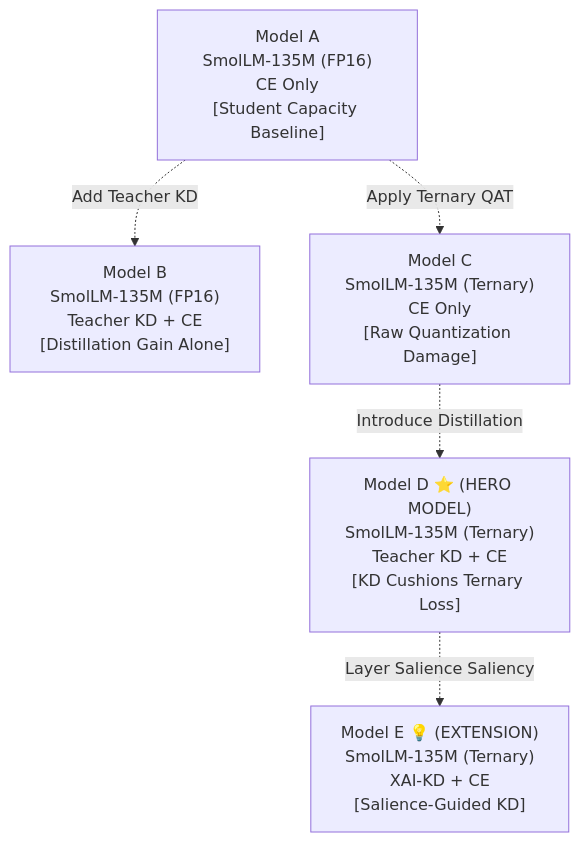
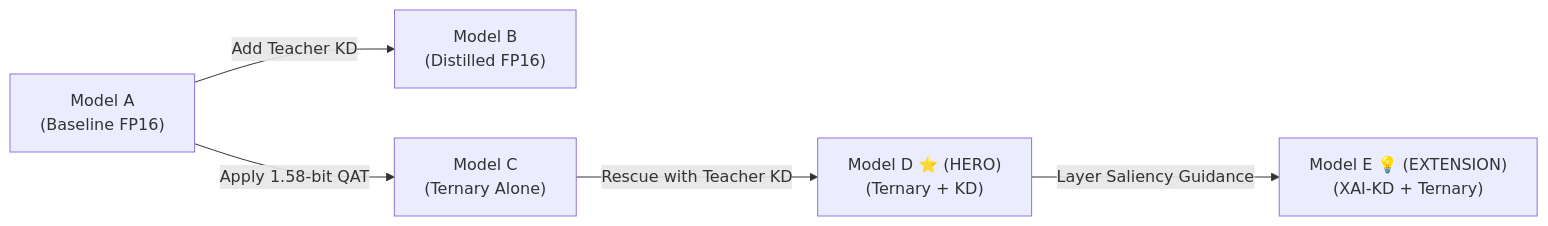
The third of 3 diagrams in README.md (Mayank-Rana1/llm_quantization), drawn with Mermaid before and after one commit. The commit also changed other lines of this file, not shown here.

Commit message:
docs: make architecture diagrams and benchmark plots compact and expandable

````diff
--- a/README.md
+++ b/README.md
@@ -78,13 +87,7 @@
 ```mermaid
-graph TD
-    M1["Model A\nSmolLM-135M (FP16)\nCE Only\n[Student Capacity Baseline]"]
-    M2["Model B\nSmolLM-135M (FP16)\nTeacher KD + CE\n[Distillation Gain Alone]"]
-    M3["Model C\nSmolLM-135M (Ternary)\nCE Only\n[Raw Quantization Damage]"]
-    M4["Model D ⭐ (HERO MODEL)\nSmolLM-135M (Ternary)\nTeacher KD + CE\n[KD Cushions Ternary Loss]"]
-    M5["Model E 💡 (EXTENSION)\nSmolLM-135M (Ternary)\nXAI-KD + CE\n[Salience-Guided KD]"]
-
-    M1 -.->|Add Teacher KD| M2
-    M1 -.->|Apply Ternary QAT| M3
-    M3 -.->|Introduce Distillation| M4
-    M4 -.->|Layer Salience Saliency| M5
+graph LR
+    A["Model A\n(Baseline FP16)"] -->|Add Teacher KD| B["Model B\n(Distilled FP16)"]
+    A -->|Apply 1.58-bit QAT| C["Model C\n(Ternary Alone)"]
+    C -->|Rescue with Teacher KD| D["Model D ⭐ (HERO)\n(Ternary + KD)"]
+    D -->|Layer Saliency Guidance| E["Model E 💡 (EXTENSION)\n(XAI-KD + Ternary)"]
 ```
````
